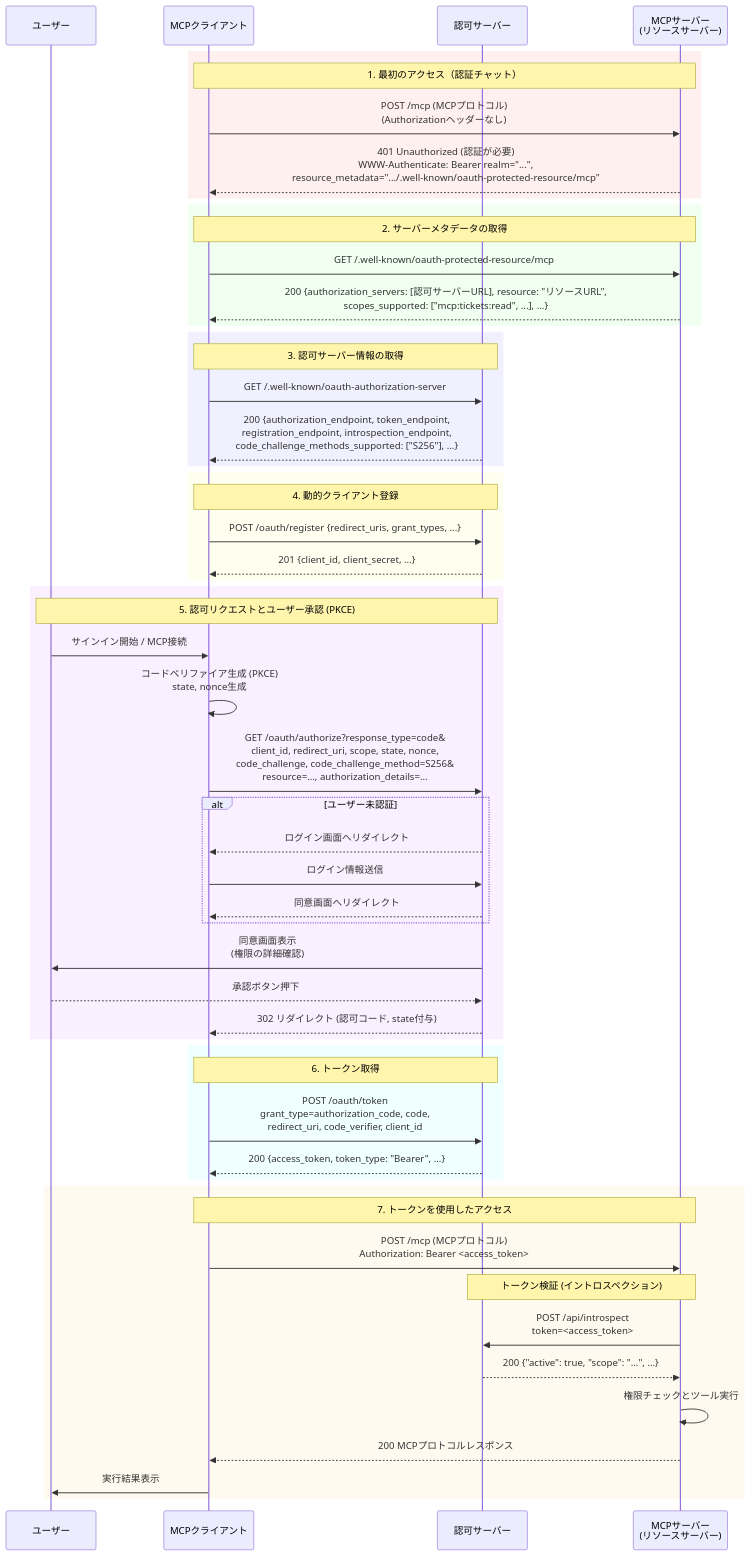
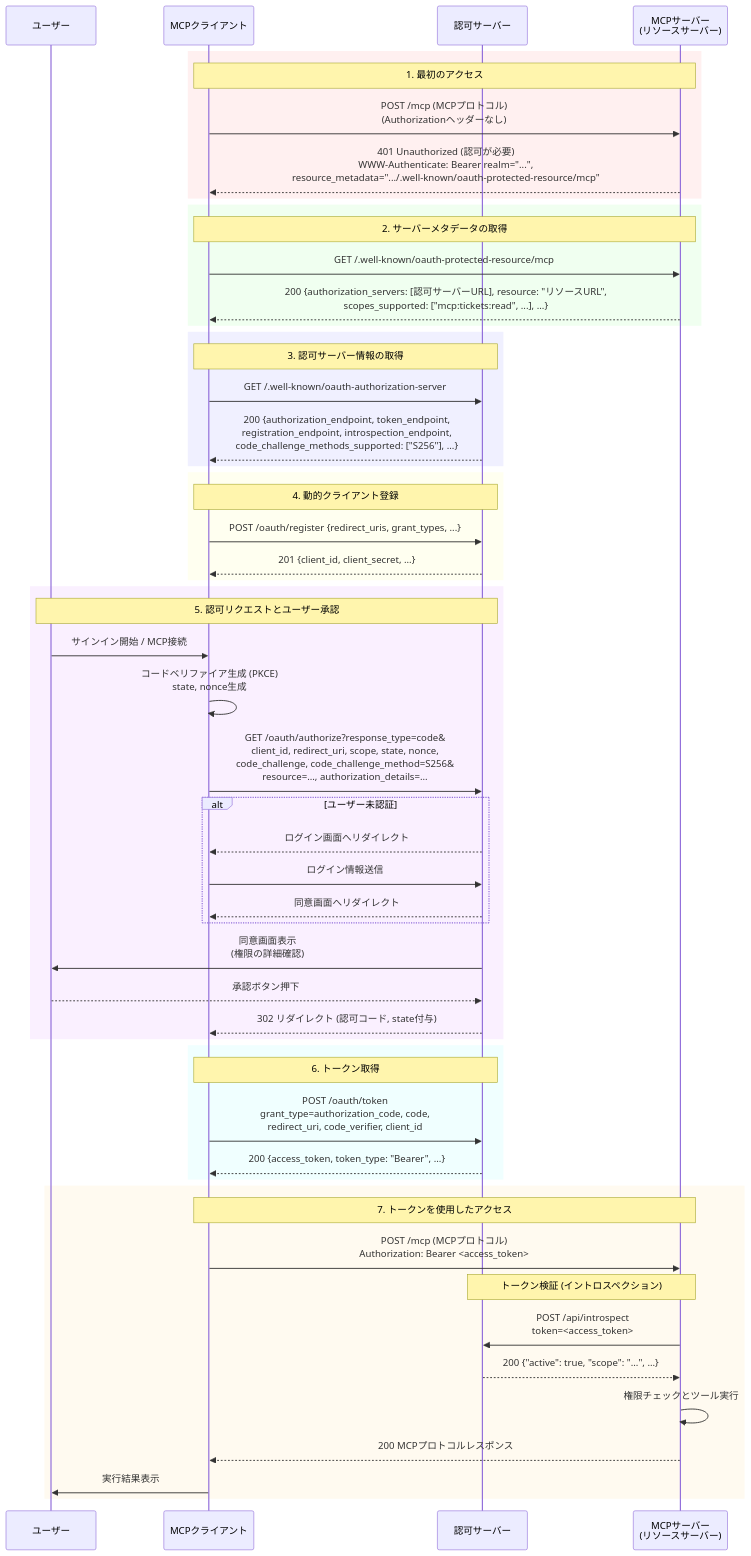
Before and after one commit to ryohei-ebisawa/mcp-authorization-demo: the diagram in README.md, drawn with Mermaid.

Commit message:
docs: update README to refine language in MCP server access and authorization request sections, improving clarity and consistency

````diff
--- a/README.md
+++ b/README.md
@@ -75,80 +75,80 @@
 ```mermaid
 ---
 config:
   theme: default
 ---
 sequenceDiagram
     participant U as ユーザー
     participant C as MCPクライアント
     participant AS as 認可サーバー
     participant MS as MCPサーバー<br/>(リソースサーバー)
 
     %% Initial MCP Server Access (Authentication Challenge)
     rect rgb(255, 240, 240)
-        Note over C,MS: 1. 最初のアクセス（認証チャット）
+        Note over C,MS: 1. 最初のアクセス
         C->>MS: POST /mcp (MCPプロトコル)<br/>(Authorizationヘッダーなし)
-        MS-->>C: 401 Unauthorized (認証が必要)<br>WWW-Authenticate: Bearer realm="...",<br>resource_metadata=".../.well-known/oauth-protected-resource/mcp"
+        MS-->>C: 401 Unauthorized (認可が必要)<br>WWW-Authenticate: Bearer realm="...",<br>resource_metadata=".../.well-known/oauth-protected-resource/mcp"
     end
 
     %% MCP Protected Resource Metadata
     rect rgb(240, 255, 240)
         Note over C,MS: 2. サーバーメタデータの取得
         C->>MS: GET /.well-known/oauth-protected-resource/mcp
         MS-->>C: 200 {authorization_servers: [認可サーバーURL], resource: "リソースURL",<br/>scopes_supported: ["mcp:tickets:read", ...], ...}
 
     end
 
     %% Authorization Server Metadata Discovery
     rect rgb(240, 240, 255)
         Note over C,AS: 3. 認可サーバー情報の取得
         C->>AS: GET /.well-known/oauth-authorization-server
         AS-->>C: 200 {authorization_endpoint, token_endpoint,<br/>registration_endpoint, introspection_endpoint,<br/>code_challenge_methods_supported: ["S256"], ...}
     end
 
     %% Dynamic Client Registration (if needed)
     rect rgb(255, 255, 240)
         Note over C,AS: 4. 動的クライアント登録
         C->>AS: POST /oauth/register {redirect_uris, grant_types, ...}
         AS-->>C: 201 {client_id, client_secret, ...}
     end
 
     %% Authorization (PKCE, two-step with Authlete)
     rect rgb(250, 240, 255)
-        Note over U,AS: 5. 認可リクエストとユーザー承認 (PKCE)
+        Note over U,AS: 5. 認可リクエストとユーザー承認
         U->>C: サインイン開始 / MCP接続
         C->>C: コードベリファイア生成 (PKCE)<br/>state, nonce生成
         C->>AS: GET /oauth/authorize?response_type=code&<br/>client_id, redirect_uri, scope, state, nonce,<br/>code_challenge, code_challenge_method=S256&<br/>resource=..., authorization_details=...
 
         alt ユーザー未認証
             AS-->>C: ログイン画面へリダイレクト
             C->>AS: ログイン情報送信
             AS-->>C: 同意画面へリダイレクト
         end
 
         AS->>U: 同意画面表示<br/>(権限の詳細確認)
         U-->>AS: 承認ボタン押下
 
         AS-->>C: 302 リダイレクト (認可コード, state付与)
     end
 
     %% Token Request
     rect rgb(240, 255, 255)
         Note over C,AS: 6. トークン取得
         C->>AS: POST /oauth/token<br/>grant_type=authorization_code, code,<br/>redirect_uri, code_verifier, client_id
         AS-->>C: 200 {access_token, token_type: "Bearer", ...}
     end
 
     %% Access MCP Resource
     rect rgb(255, 250, 240)
         Note over C,MS: 7. トークンを使用したアクセス
         C->>MS: POST /mcp (MCPプロトコル)<br/>Authorization: Bearer <access_token>
 
         Note over MS,AS: トークン検証 (イントロスペクション)
         MS->>AS: POST /api/introspect<br>token=<access_token>
         AS-->>MS: 200 {"active": true, "scope": "...", ...}
         MS->>MS: 権限チェックとツール実行
         MS-->>C: 200 MCPプロトコルレスポンス
 
         C->>U: 実行結果表示
     end
 ```
````
